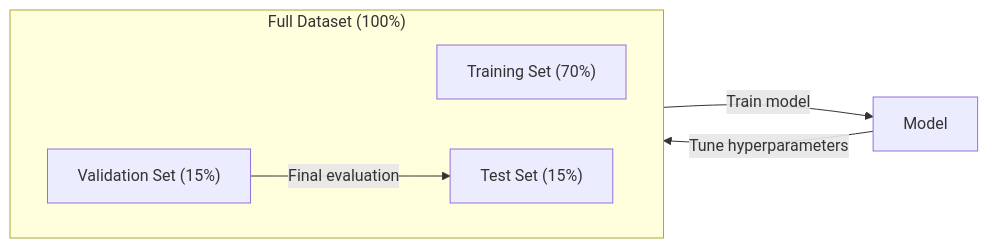
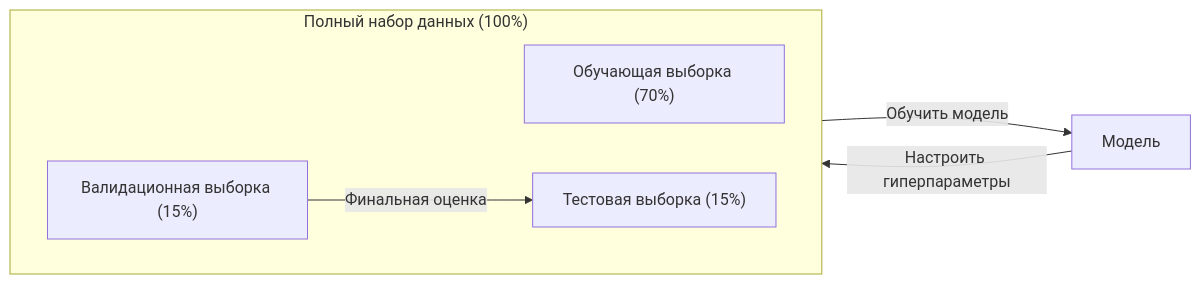
Before and after one commit to stabuev/ai-engineering-from-scratch: the fourth of 6 diagrams in phases/02-ml-fundamentals/01-what-is-machine-learning/docs/ru.md, drawn with Mermaid. The commit also changed other lines of this file and 22 other files, not shown here.

````diff
--- a/phases/02-ml-fundamentals/01-what-is-machine-learning/docs/ru.md
+++ b/phases/02-ml-fundamentals/01-what-is-machine-learning/docs/ru.md
@@ -157,13 +157,13 @@
 ```mermaid
 flowchart LR
-    subgraph Dataset["Full Dataset (100%)"]
+    subgraph Dataset["Полный набор данных (100%)"]
         direction LR
-        TR["Training Set (70%)"]
-        VA["Validation Set (15%)"]
-        TE["Test Set (15%)"]
+        TR["Обучающая выборка (70%)"]
+        VA["Валидационная выборка (15%)"]
+        TE["Тестовая выборка (15%)"]
     end
 
-    TR -->|Train model| M[Model]
-    M -->|Tune hyperparameters| VA
-    VA -->|Final evaluation| TE
+    TR -->|Обучить модель| M[Модель]
+    M -->|Настроить гиперпараметры| VA
+    VA -->|Финальная оценка| TE
 ```
````
